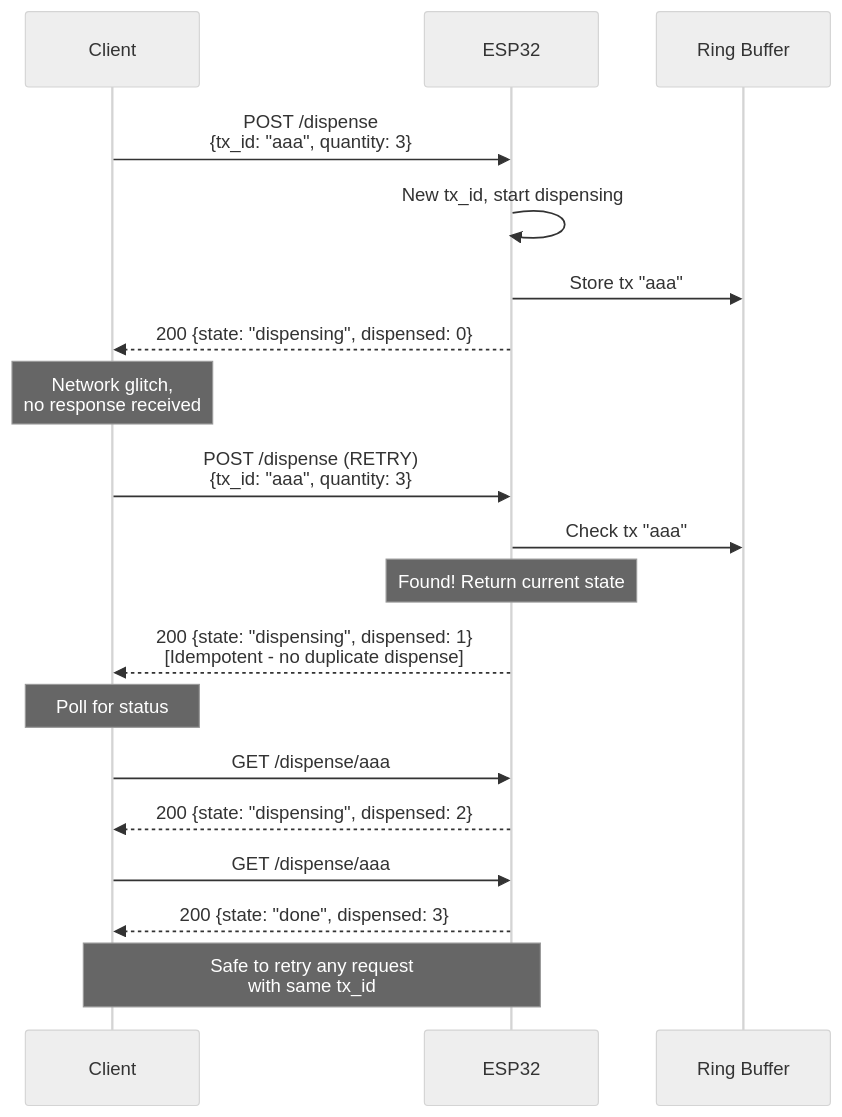
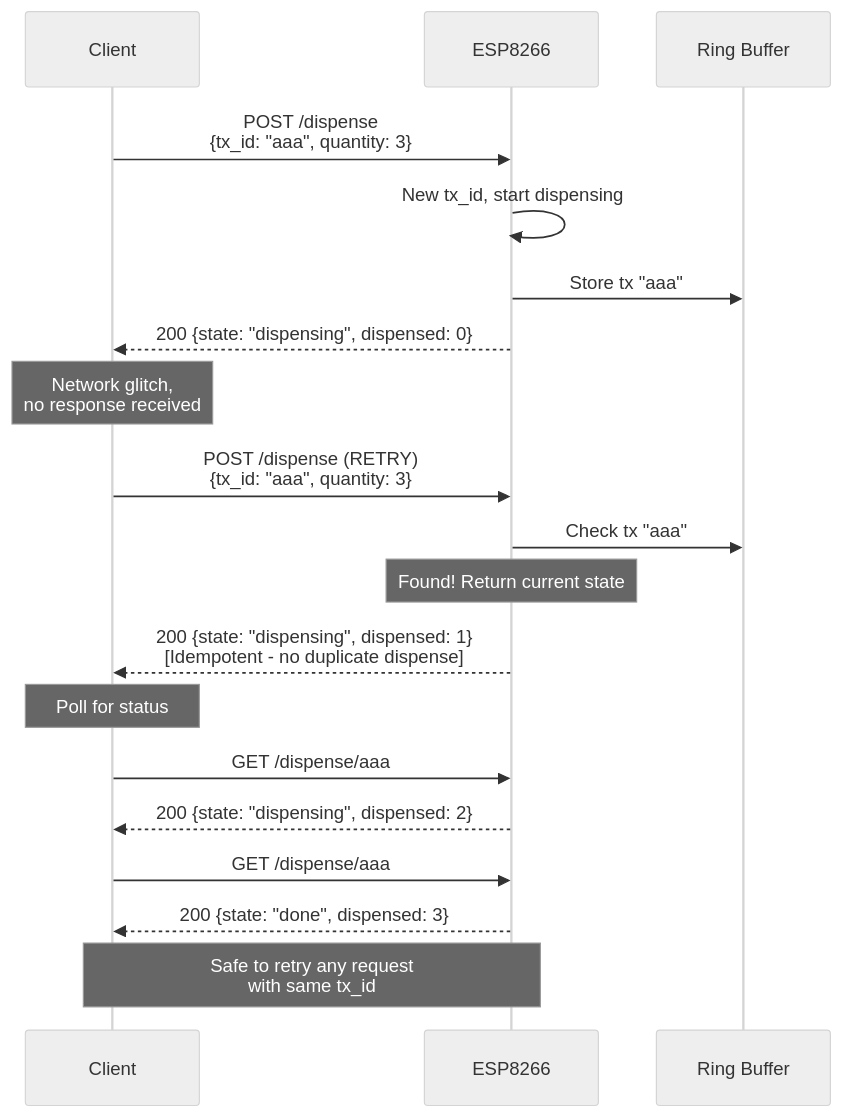
One commit to dgloeckner/remote-token-dispenser changed diagram 20 of 26 in ARCHITECTURE.md. Above: the diagram before and after it, drawn with Mermaid (neutral theme). The commit also changed other lines of this file and 21 other files, not shown here.

````diff
--- a/ARCHITECTURE.md
+++ b/ARCHITECTURE.md
@@ -898,28 +898,28 @@
 ```mermaid
 sequenceDiagram
     participant Client
-    participant ESP32
+    participant ESP8266
     participant History as Ring Buffer
 
-    Client->>ESP32: POST /dispense<br/>{tx_id: "aaa", quantity: 3}
-    ESP32->>ESP32: New tx_id, start dispensing
-    ESP32->>History: Store tx "aaa"
-    ESP32-->>Client: 200 {state: "dispensing", dispensed: 0}
+    Client->>ESP8266: POST /dispense<br/>{tx_id: "aaa", quantity: 3}
+    ESP8266->>ESP8266: New tx_id, start dispensing
+    ESP8266->>History: Store tx "aaa"
+    ESP8266-->>Client: 200 {state: "dispensing", dispensed: 0}
 
     Note over Client: Network glitch,<br/>no response received
 
-    Client->>ESP32: POST /dispense (RETRY)<br/>{tx_id: "aaa", quantity: 3}
-    ESP32->>History: Check tx "aaa"
-    Note over ESP32: Found! Return current state
-    ESP32-->>Client: 200 {state: "dispensing", dispensed: 1}<br/>[Idempotent - no duplicate dispense]
+    Client->>ESP8266: POST /dispense (RETRY)<br/>{tx_id: "aaa", quantity: 3}
+    ESP8266->>History: Check tx "aaa"
+    Note over ESP8266: Found! Return current state
+    ESP8266-->>Client: 200 {state: "dispensing", dispensed: 1}<br/>[Idempotent - no duplicate dispense]
 
     Note over Client: Poll for status
 
-    Client->>ESP32: GET /dispense/aaa
-    ESP32-->>Client: 200 {state: "dispensing", dispensed: 2}
+    Client->>ESP8266: GET /dispense/aaa
+    ESP8266-->>Client: 200 {state: "dispensing", dispensed: 2}
 
-    Client->>ESP32: GET /dispense/aaa
-    ESP32-->>Client: 200 {state: "done", dispensed: 3}
+    Client->>ESP8266: GET /dispense/aaa
+    ESP8266-->>Client: 200 {state: "done", dispensed: 3}
 
-    Note over ESP32,Client: Safe to retry any request<br/>with same tx_id
+    Note over ESP8266,Client: Safe to retry any request<br/>with same tx_id
 ```
````
